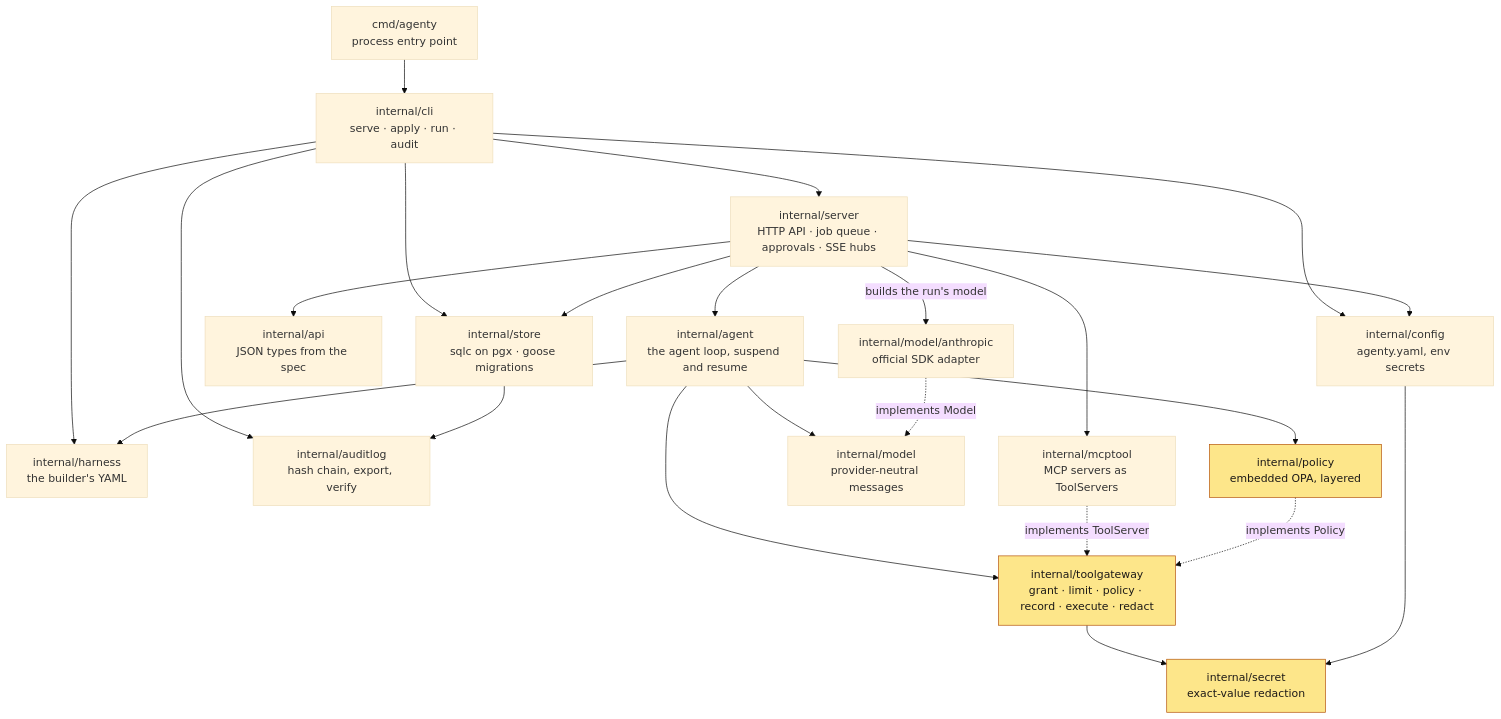
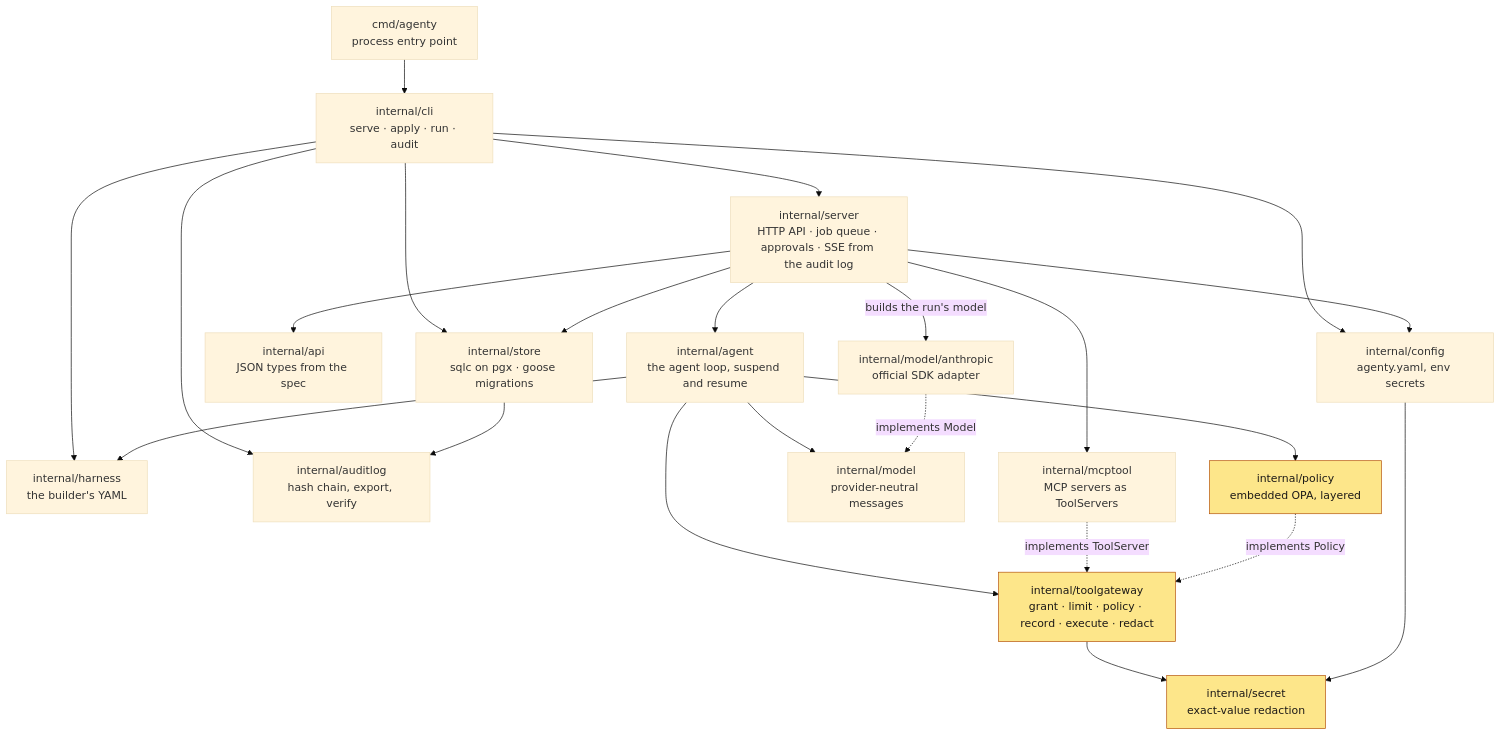
Before and after one commit to jangraefen/agenty: the second of 7 diagrams in README.md, drawn with Mermaid (base theme). The commit also changed other lines of this file and 36 other files, not shown here.

First line of the commit message:
feat: a run's event stream reads the audit log, which records approval requests (#175)

````diff
--- a/README.md
+++ b/README.md
@@ -69,31 +69,31 @@
 ```mermaid
 flowchart TB
     cmd["cmd/agenty<br/>process entry point"] --> cli
     cli["internal/cli<br/>serve · apply · run · audit"] --> config & server & harness
     cli --> auditlog & store
 
-    server["internal/server<br/>HTTP API · job queue · approvals · SSE hubs"]
+    server["internal/server<br/>HTTP API · job queue · approvals · SSE from the audit log"]
     server --> api["internal/api<br/>JSON types from the spec"]
     server --> store["internal/store<br/>sqlc on pgx · goose migrations"]
     server --> agent
     server --> mcptool
     server --> config
 
     agent["internal/agent<br/>the agent loop, suspend and resume"] --> model
     agent --> toolgateway
     agent --> policy
     agent --> harness["internal/harness<br/>the builder's YAML"]
 
     model["internal/model<br/>provider-neutral messages"]
     anthropic["internal/model/anthropic<br/>official SDK adapter"] -. "implements Model" .-> model
     server -- "builds the run's model" --> anthropic
 
     toolgateway["internal/toolgateway<br/>grant · limit · policy · record · execute · redact"] --> secret
     mcptool["internal/mcptool<br/>MCP servers as ToolServers"] -. "implements ToolServer" .-> toolgateway
     policy["internal/policy<br/>embedded OPA, layered"] -. "implements Policy" .-> toolgateway
     store --> auditlog["internal/auditlog<br/>hash chain, export, verify"]
     config["internal/config<br/>agenty.yaml, env secrets"] --> secret["internal/secret<br/>exact-value redaction"]
 
     classDef core fill:#fde68a,stroke:#b45309,color:#1c1917
     class toolgateway,policy,secret core
 ```
````
